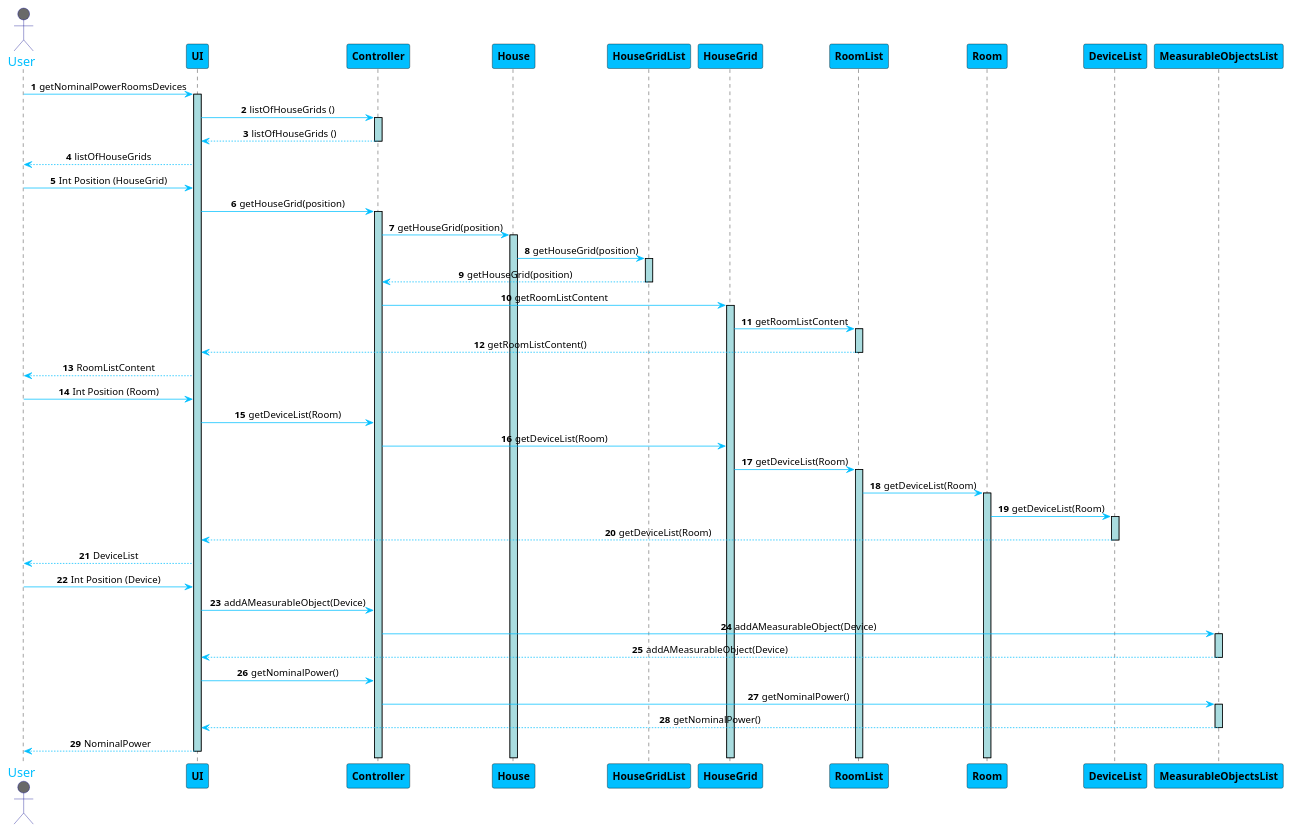
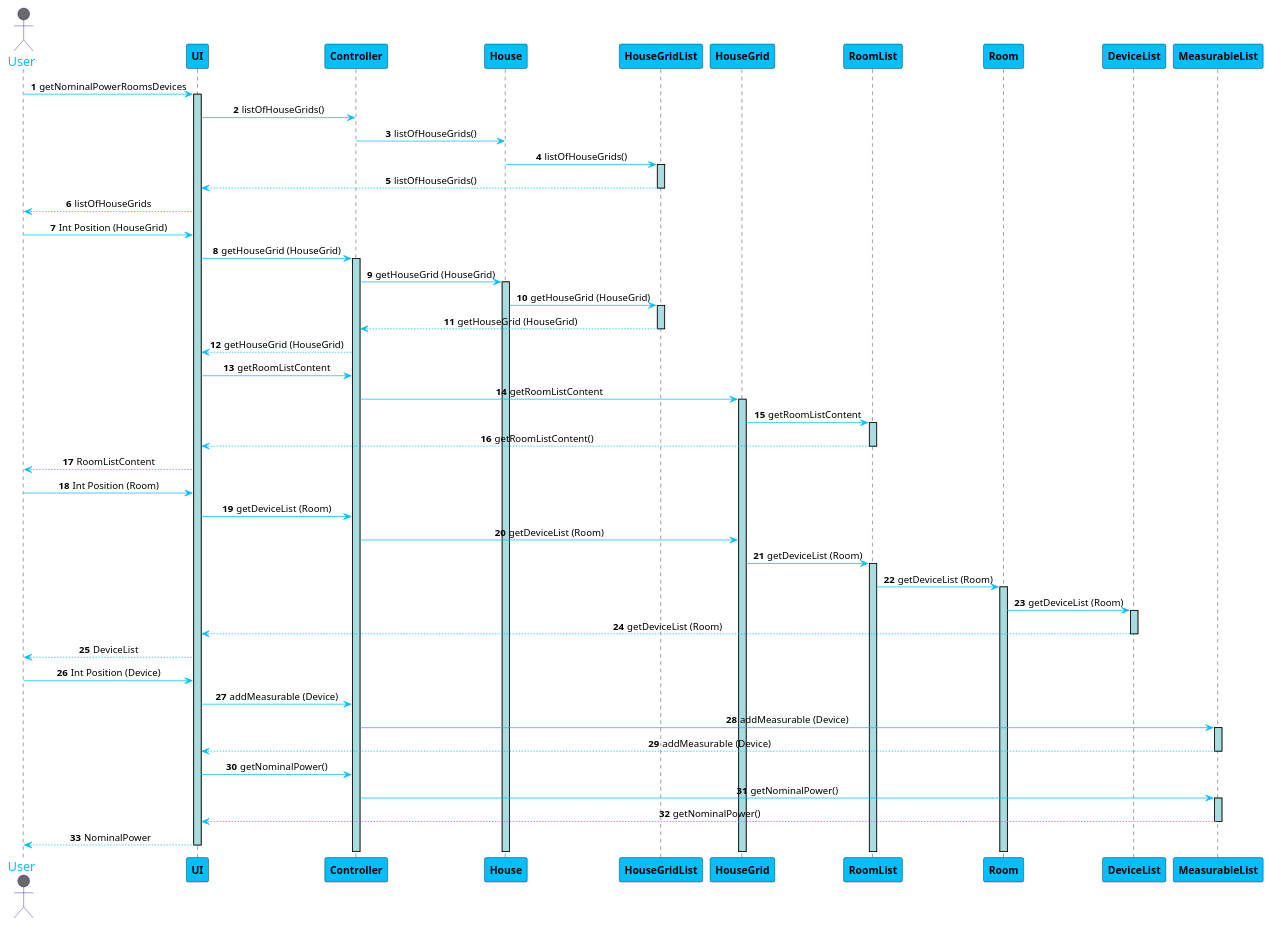
One commit to 1181687/hateoasToy changed the diagram in src/Docs/GetNominalPowerRoomsDevices.puml. Above: the diagram before and after it, drawn with PlantUML.

Commit message:
Changes to Sequence Diagrams (GetListOfDevicesRoom and GetNominalPowerRoomsDevices)

```diff
--- a/src/Docs/GetNominalPowerRoomsDevices.puml
+++ b/src/Docs/GetNominalPowerRoomsDevices.puml
@@ -1,69 +1,74 @@
 @startuml
 skinparam sequenceMessageAlign center
 skinparam sequence {
 	ArrowColor DeepSkyBlue
 	ActorBorderColor DarkBlue
 	LifeLineBorderColor black
 	LifeLineBackgroundColor #A9DCDF
 
 	ParticipantBorderColor Black
 	ParticipantBackgroundColor DeepSkyBlue
 	ParticipantFontStyle Bold
 
 	ActorBackgroundColor DimGrey
 	ActorFontColor DeepSkyBlue
 	ActorFontSize 17
 	ActorFontName Aapex
 }
 
 autonumber
 actor User
 User -> UI: getNominalPowerRoomsDevices
 activate UI
-UI -> Controller: listOfHouseGrids ()
-activate Controller
-UI <-- Controller: listOfHouseGrids ()
-deactivate Controller
+UI -> Controller: listOfHouseGrids()
+
+Controller -> House: listOfHouseGrids()
+House -> HouseGridList: listOfHouseGrids()
+activate HouseGridList
+UI <-- HouseGridList: listOfHouseGrids()
+deactivate HouseGridList
 User <-- UI: listOfHouseGrids
 User -> UI: Int Position (HouseGrid)
-UI -> Controller: getHouseGrid(position)
+UI -> Controller: getHouseGrid (HouseGrid)
 activate Controller
-Controller -> House: getHouseGrid(position)
+Controller -> House: getHouseGrid (HouseGrid)
 activate House
-House -> HouseGridList: getHouseGrid(position)
+House -> HouseGridList: getHouseGrid (HouseGrid)
 activate HouseGridList
-Controller <-- HouseGridList: getHouseGrid(position)
+Controller <-- HouseGridList: getHouseGrid (HouseGrid)
 deactivate HouseGridList
+UI <-- Controller: getHouseGrid (HouseGrid)
+UI -> Controller: getRoomListContent
 Controller -> HouseGrid: getRoomListContent
 activate HouseGrid
 HouseGrid -> RoomList: getRoomListContent
 activate RoomList
 UI <-- RoomList: getRoomListContent()
 deactivate RoomList
 User <-- UI: RoomListContent
 User -> UI: Int Position (Room)
-UI -> Controller: getDeviceList(Room)
-Controller -> HouseGrid: getDeviceList(Room)
-HouseGrid -> RoomList: getDeviceList(Room)
+UI -> Controller: getDeviceList (Room)
+Controller -> HouseGrid: getDeviceList (Room)
+HouseGrid -> RoomList: getDeviceList (Room)
 activate RoomList
-RoomList -> Room: getDeviceList(Room)
+RoomList -> Room: getDeviceList (Room)
 activate Room
-Room -> DeviceList: getDeviceList(Room)
+Room -> DeviceList: getDeviceList (Room)
 activate DeviceList
-UI <-- DeviceList: getDeviceList(Room)
+UI <-- DeviceList: getDeviceList (Room)
 deactivate DeviceList
 User <-- UI: DeviceList
 User -> UI: Int Position (Device)
-UI -> Controller: addAMeasurableObject(Device)
-Controller -> MeasurableObjectsList: addAMeasurableObject(Device)
-activate MeasurableObjectsList
-UI <-- MeasurableObjectsList: addAMeasurableObject(Device)
-deactivate MeasurableObjectsList
+UI -> Controller: addMeasurable (Device)
+Controller -> MeasurableList: addMeasurable (Device)
+activate MeasurableList
+UI <-- MeasurableList: addMeasurable (Device)
+deactivate MeasurableList
 UI -> Controller:  getNominalPower()
-Controller -> MeasurableObjectsList: getNominalPower()
-activate MeasurableObjectsList
-UI <-- MeasurableObjectsList: getNominalPower()
-deactivate MeasurableObjectsList
+Controller -> MeasurableList: getNominalPower()
+activate MeasurableList
+UI <-- MeasurableList: getNominalPower()
+deactivate MeasurableList
 User <-- UI: NominalPower
 deactivate UI
 @enduml
```
